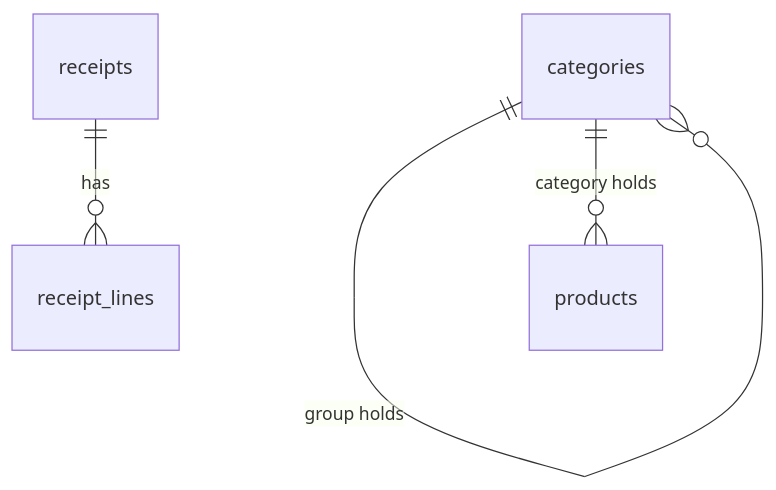
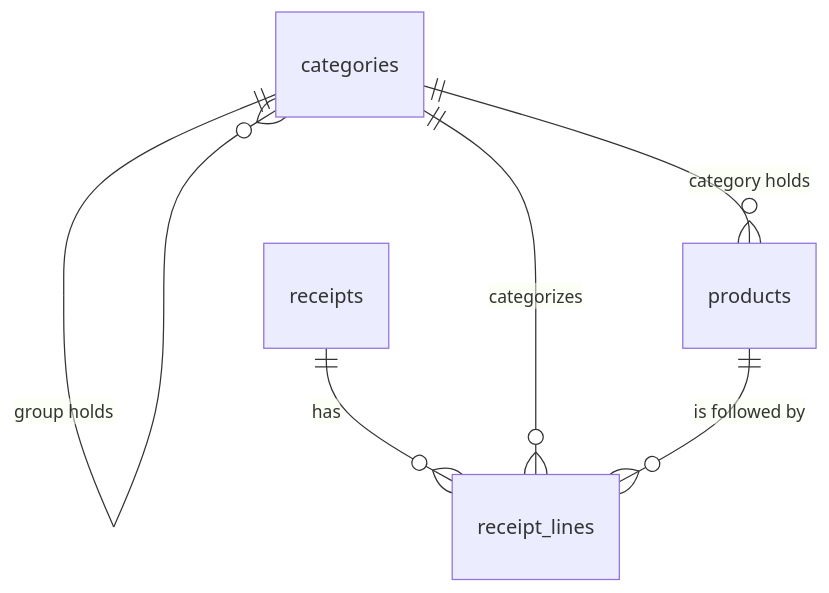
Before and after one commit to PekkaJuN/RRMCApplication: the diagram in docs/datamodel.md, drawn with Mermaid. The commit also changed other lines of this file and 39 other files, not shown here.

````diff
--- a/docs/datamodel.md
+++ b/docs/datamodel.md
@@ -109,6 +114,8 @@
 ```mermaid
 erDiagram
   categories ||--o{ categories : "group holds"
   categories ||--o{ products : "category holds"
   receipts ||--o{ receipt_lines : "has"
+  categories ||--o{ receipt_lines : "categorizes"
+  products ||--o{ receipt_lines : "is followed by"
 ```
````
